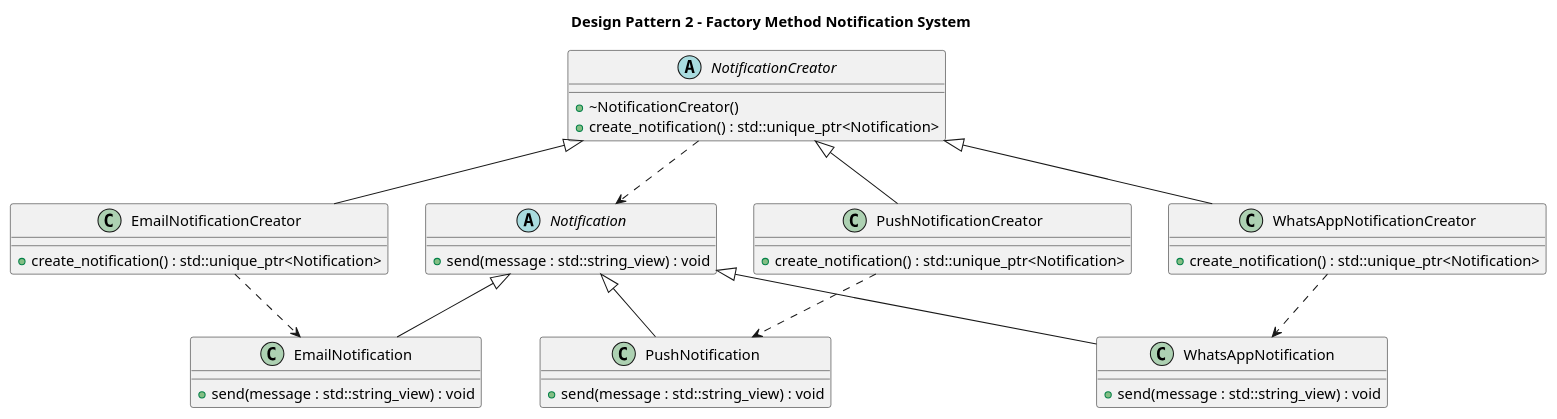
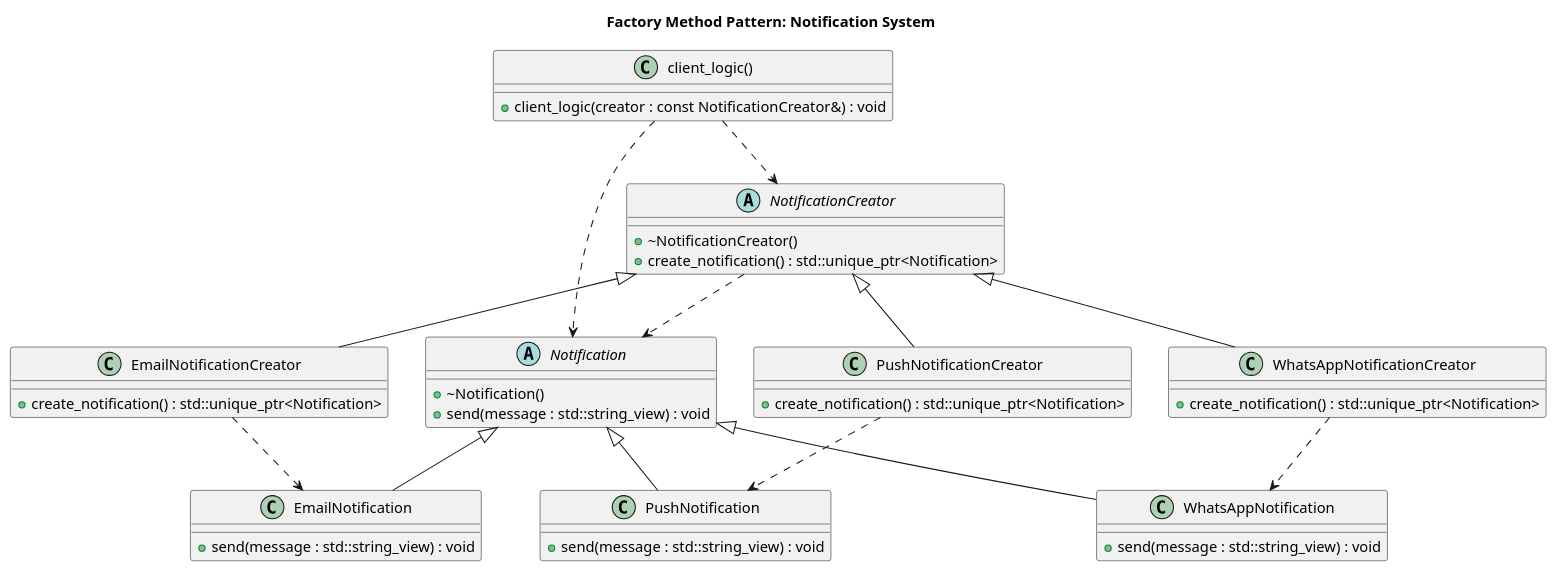
One commit to PatrickG2907/oop-design-pattern-challenges changed the diagram in creational-patterns/factory/cpp/architecture.puml. Above: the diagram before and after it, drawn with PlantUML.

```diff
--- a/creational-patterns/factory/cpp/architecture.puml
+++ b/creational-patterns/factory/cpp/architecture.puml
@@ -1,51 +1,59 @@
 @startuml
-title Design Pattern 2 - Factory Method Notification System
+title Factory Method Pattern: Notification System
 
 abstract class Notification {
+    + ~Notification()
     + send(message : std::string_view) : void
 }
 
 class EmailNotification {
     + send(message : std::string_view) : void
 }
 
 class PushNotification {
     + send(message : std::string_view) : void
 }
 
 class WhatsAppNotification {
     + send(message : std::string_view) : void
 }
 
 abstract class NotificationCreator {
     + ~NotificationCreator()
     + create_notification() : std::unique_ptr<Notification>
 }
 
 class EmailNotificationCreator {
     + create_notification() : std::unique_ptr<Notification>
 }
 
 class PushNotificationCreator {
     + create_notification() : std::unique_ptr<Notification>
 }
 
 class WhatsAppNotificationCreator {
     + create_notification() : std::unique_ptr<Notification>
 }
 
+class "client_logic()" as ClientLogic {
+    + client_logic(creator : const NotificationCreator&) : void
+}
+
 Notification <|-- EmailNotification
 Notification <|-- PushNotification
 Notification <|-- WhatsAppNotification
 
 NotificationCreator <|-- EmailNotificationCreator
 NotificationCreator <|-- PushNotificationCreator
 NotificationCreator <|-- WhatsAppNotificationCreator
 
 NotificationCreator ..> Notification
 
 EmailNotificationCreator ..> EmailNotification
 PushNotificationCreator ..> PushNotification
 WhatsAppNotificationCreator ..> WhatsAppNotification
 
+ClientLogic ..> NotificationCreator
+ClientLogic ..> Notification
+
 @enduml
```
